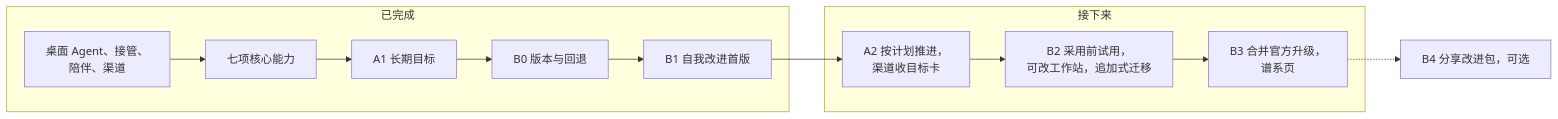
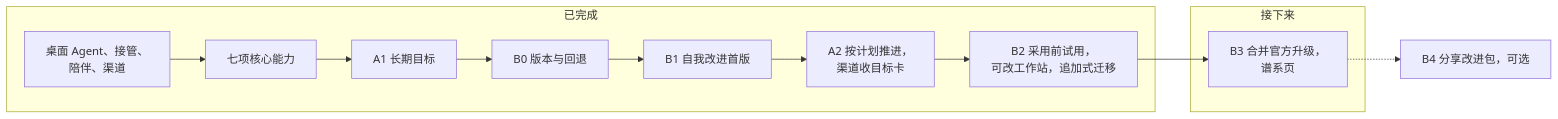
One commit to wudilyy999/owndesk changed the third of 3 diagrams in README.zh-CN.md. Above: the diagram before and after it, drawn with Mermaid. The commit also changed other lines of this file and 16 other files, not shown here.

````diff
--- a/README.zh-CN.md
+++ b/README.zh-CN.md
@@ -256,16 +256,16 @@
 ```mermaid
 flowchart LR
     subgraph shipped[已完成]
         F[桌面 Agent、接管、<br/>陪伴、渠道] --> S7[七项核心能力]
         S7 --> A1[A1 长期目标]
         A1 --> B0[B0 版本与回退]
         B0 --> B1[B1 自我改进首版]
+        B1 --> A2[A2 按计划推进，<br/>渠道收目标卡]
+        A2 --> B2[B2 采用前试用，<br/>可改工作站，追加式迁移]
     end
     subgraph upcoming[接下来]
-        A2[A2 按计划推进，<br/>渠道收目标卡]
-        B2[B2 采用前试用，<br/>可改工作站，追加式迁移]
         B3[B3 合并官方升级，<br/>谱系页]
     end
-    B1 --> A2 --> B2 --> B3
+    B2 --> B3
     B3 -.-> B4[B4 分享改进包，可选]
 ```
````
